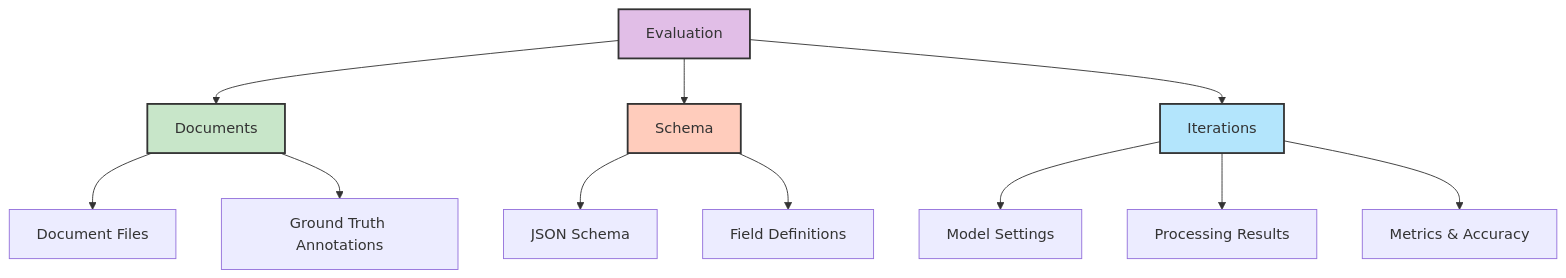
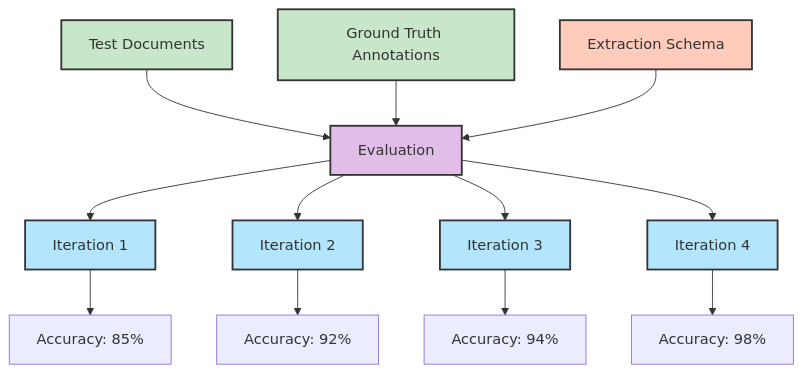
Before and after one commit to retab-dev/docs: the diagram in core-concepts/Evaluations.mdx, drawn with Mermaid. The commit also changed other lines of this file and 4 other files, not shown here.

````diff
--- a/core-concepts/Evaluations.mdx
+++ b/core-concepts/Evaluations.mdx
@@ -9,21 +6,25 @@
 ```mermaid
 flowchart TD
-    A[Evaluation] --> B[Documents]
-    A --> C[Schema]
-    A --> D[Iterations]
+    A[Test Documents] --> D[Evaluation]
+    B[Ground Truth Annotations] --> D
+    C[Extraction Schema] --> D
     
-    B --> B1[Document Files]
-    B --> B2[Ground Truth Annotations]
+    D --> E[Iteration 1]
+    D --> F[Iteration 2] 
+    D --> G[Iteration 3]
+    D --> H[Iteration 4]
     
-    D --> D1[Model Settings]
-    D --> D2[Processing Results]
-    D --> D3[Metrics & Accuracy]
+    E --> I[Accuracy: 85%]
+    F --> J[Accuracy: 92%]
+    G --> K[Accuracy: 94%]
+    H --> L[Accuracy: 98%]
     
-    C --> C1[JSON Schema]
-    C --> C2[Field Definitions]
-    
-    style A fill:#e1bee7,stroke:#333,stroke-width:2px
+    style A fill:#c8e6c9,stroke:#333,stroke-width:2px
     style B fill:#c8e6c9,stroke:#333,stroke-width:2px
     style C fill:#ffccbc,stroke:#333,stroke-width:2px
-    style D fill:#b3e5fc,stroke:#333,stroke-width:2px
+    style D fill:#e1bee7,stroke:#333,stroke-width:2px
+    style E fill:#b3e5fc,stroke:#333,stroke-width:2px
+    style F fill:#b3e5fc,stroke:#333,stroke-width:2px
+    style G fill:#b3e5fc,stroke:#333,stroke-width:2px
+    style H fill:#b3e5fc,stroke:#333,stroke-width:2px
 ```
````
